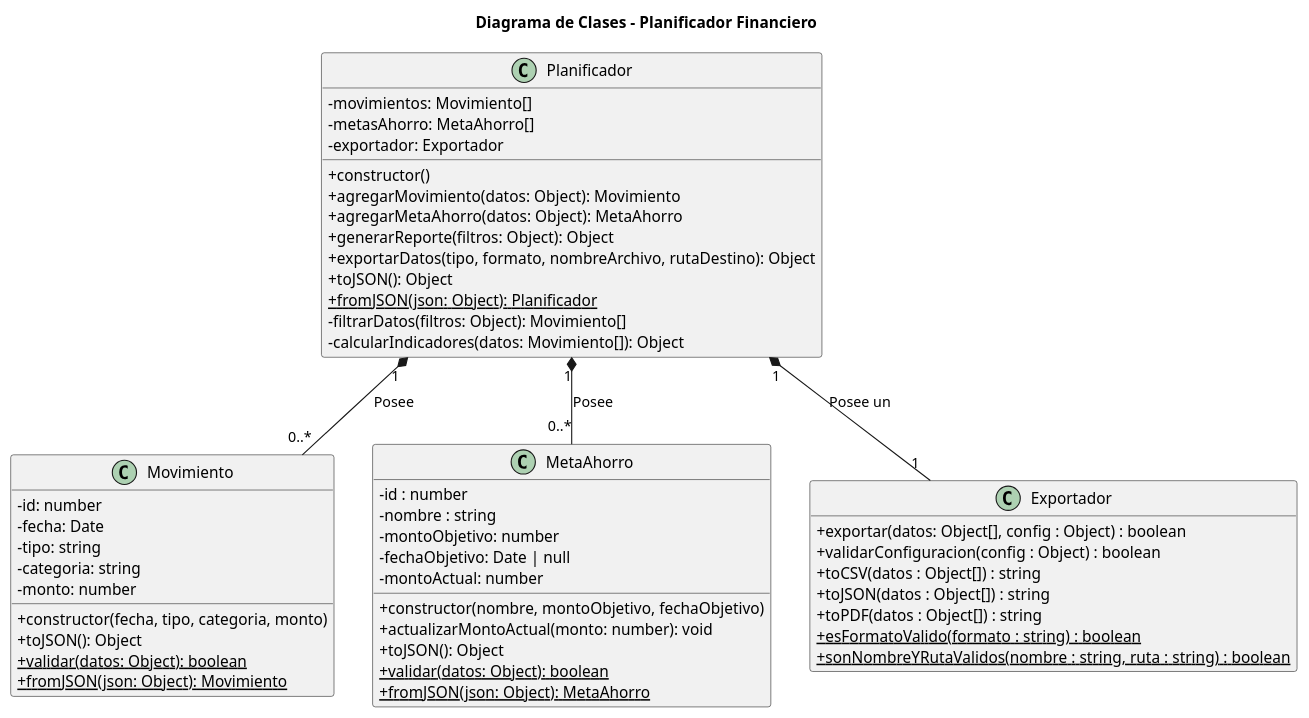
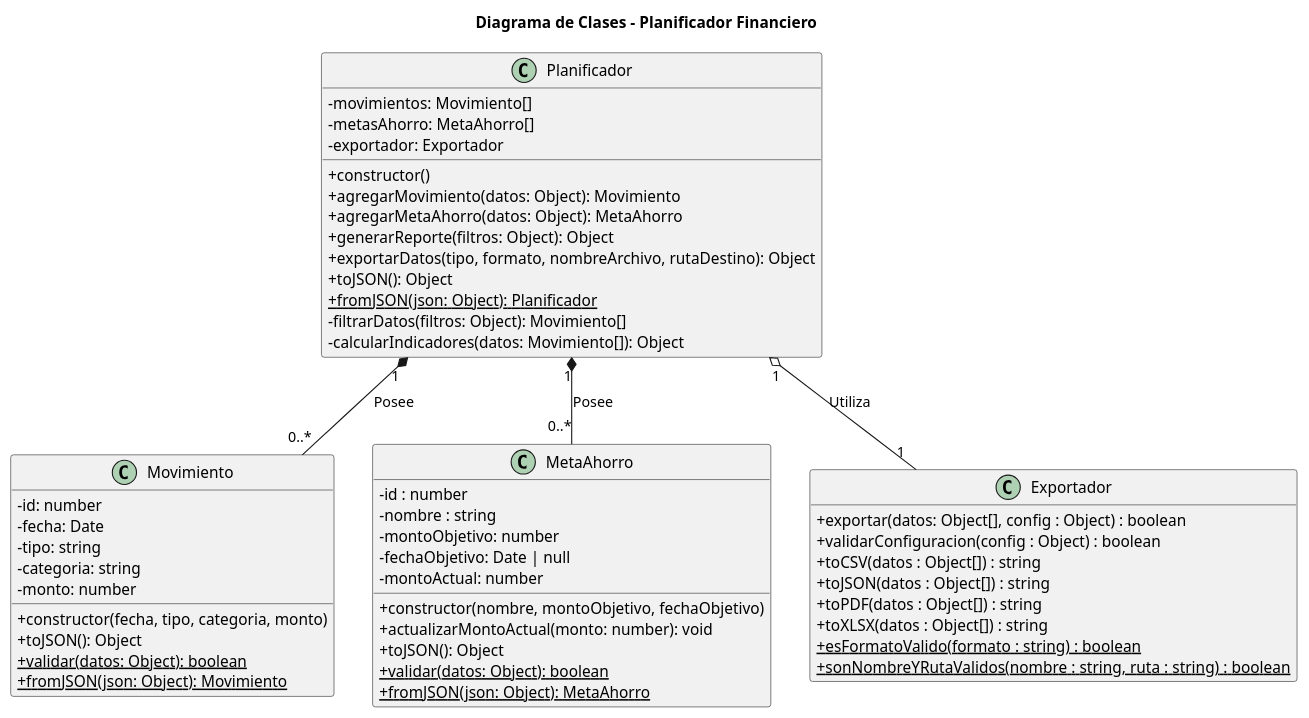
One commit to fioremos/simulador-planificacion-financiera changed the diagram in docs/04-diagramas/02-diagrama-de-clases/diagramas-clases.puml. Above: the diagram before and after it, drawn with PlantUML. The commit also changed 6 other files, not shown here.

```diff
--- a/docs/04-diagramas/02-diagrama-de-clases/diagramas-clases.puml
+++ b/docs/04-diagramas/02-diagrama-de-clases/diagramas-clases.puml
@@ -1,71 +1,72 @@
 @startuml DiagramaClasesPlanificadorFinanciero
 skinparam classAttributeIconSize 0
 hide empty members
 title Diagrama de Clases - Planificador Financiero
 
 ' --- Clases de Dominio (Modelos) ---
 
 class Movimiento {
   - id: number
   - fecha: Date
   - tipo: string
   - categoria: string
   - monto: number
   + constructor(fecha, tipo, categoria, monto)
   + toJSON(): Object
   + {static} validar(datos: Object): boolean
   + {static} fromJSON(json: Object): Movimiento
 }
 class MetaAhorro {
     - id : number
     - nombre : string
     - montoObjetivo: number
     - fechaObjetivo: Date | null
     - montoActual: number
     + constructor(nombre, montoObjetivo, fechaObjetivo)
     + actualizarMontoActual(monto: number): void
     + toJSON(): Object
     + {static} validar(datos: Object): boolean
     + {static} fromJSON(json: Object): MetaAhorro
 }
 class Exportador {
     + exportar(datos: Object[], config : Object) : boolean
     + validarConfiguracion(config : Object) : boolean
     + toCSV(datos : Object[]) : string
     + toJSON(datos : Object[]) : string
     + toPDF(datos : Object[]) : string
+    + toXLSX(datos : Object[]) : string
     + {static} esFormatoValido(formato : string) : boolean
     + {static} sonNombreYRutaValidos(nombre : string, ruta : string) : boolean
 }
 
-' --- Clase de Lógica de Negocio (Controlador) ---
+' --- Clase de Lógica de Negocio (Gestor) ---
 class Planificador{
     - movimientos: Movimiento[]
     - metasAhorro: MetaAhorro[]
     - exportador: Exportador
     + constructor()
     + agregarMovimiento(datos: Object): Movimiento
     + agregarMetaAhorro(datos: Object): MetaAhorro
     + generarReporte(filtros: Object): Object
     + exportarDatos(tipo, formato, nombreArchivo, rutaDestino): Object
     + toJSON(): Object
     + {static} fromJSON(json: Object): Planificador
     - filtrarDatos(filtros: Object): Movimiento[]
     - calcularIndicadores(datos: Movimiento[]): Object
 }
 ' --- Relaciones ---
 
 ' Relación de Composición:
 ' Un Planificador "posee" una colección de 0 o más Movimientos.
 ' Si se destruye el Planificador, la colección de movimientos también.
 Planificador "1" *-- "0..*" Movimiento : Posee
 
 ' Relación de Composición:
 ' Un Planificador "posee" una colección de 0 o más Metas.
 Planificador "1" *-- "0..*" MetaAhorro : Posee
 
 ' Relación de Composicion:
 ' El planificador utiliza un exportador para manejar la exportación de datos.
-Planificador "1" *-- "1" Exportador : Posee un
+Planificador "1" o-- "1" Exportador : Utiliza
 
 @enduml
```
